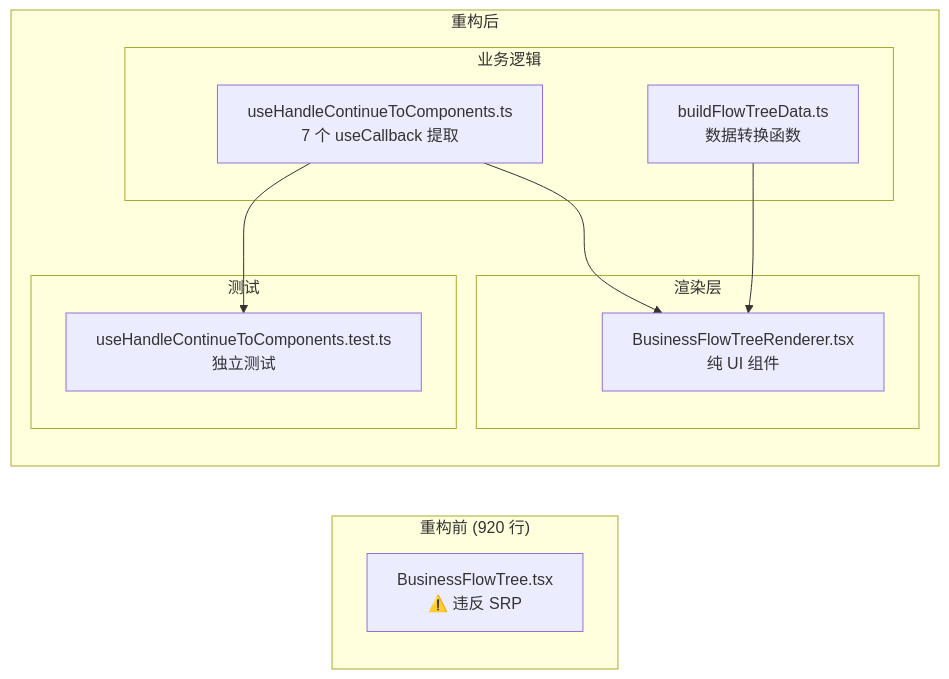
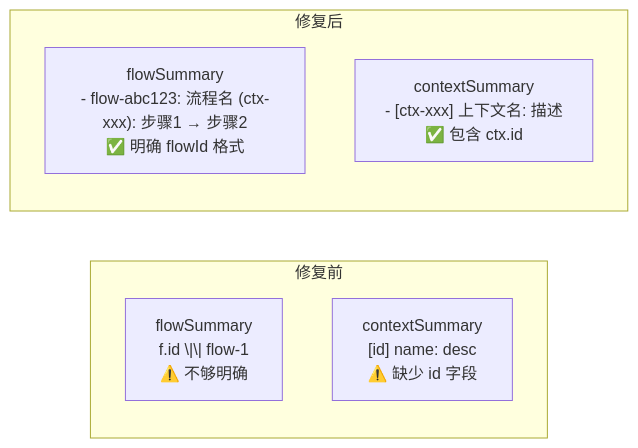
One commit to MMXC/vibex changed the fifth of 8 diagrams in docs/vibex-dev-proposals-vibex-proposals-20260406/architecture.md. Above: the diagram before and after it, drawn with Mermaid. The commit also changed other lines of this file and 32 other files, not shown here.

Commit message:
feat(canvas): E1 add recordSnapshot to BoundedContextTree CRUD operations

````diff
--- a/docs/vibex-dev-proposals-vibex-proposals-20260406/architecture.md
+++ b/docs/vibex-dev-proposals-vibex-proposals-20260406/architecture.md
@@ -156,23 +207,12 @@
 ```mermaid
 graph LR
-    subgraph "重构前 (920 行)"
-        BFT["BusinessFlowTree.tsx<br/>⚠️ 违反 SRP"]
+    subgraph "修复前"
+        F3A["flowSummary<br/>f.id \|\| flow-1<br/>⚠️ 不够明确"]
+        F3B["contextSummary<br/>[id] name: desc<br/>⚠️ 缺少 id 字段"]
     end
 
-    subgraph "重构后"
-        subgraph "业务逻辑"
-            HOOK["useHandleContinueToComponents.ts<br/>7 个 useCallback 提取"]
-            BUILD["buildFlowTreeData.ts<br/>数据转换函数"]
-        end
-        subgraph "渲染层"
-            RENDER["BusinessFlowTreeRenderer.tsx<br/>纯 UI 组件"]
-        end
-        subgraph "测试"
-            TEST["useHandleContinueToComponents.test.ts<br/>独立测试"]
-        end
+    subgraph "修复后"
+        F3C["flowSummary<br/>- flow-abc123: 流程名 (ctx-xxx): 步骤1 → 步骤2<br/>✅ 明确 flowId 格式"]
+        F3D["contextSummary<br/>- [ctx-xxx] 上下文名: 描述<br/>✅ 包含 ctx.id"]
     end
-
-    HOOK --> RENDER
-    BUILD --> RENDER
-    HOOK --> TEST
 ```
````
